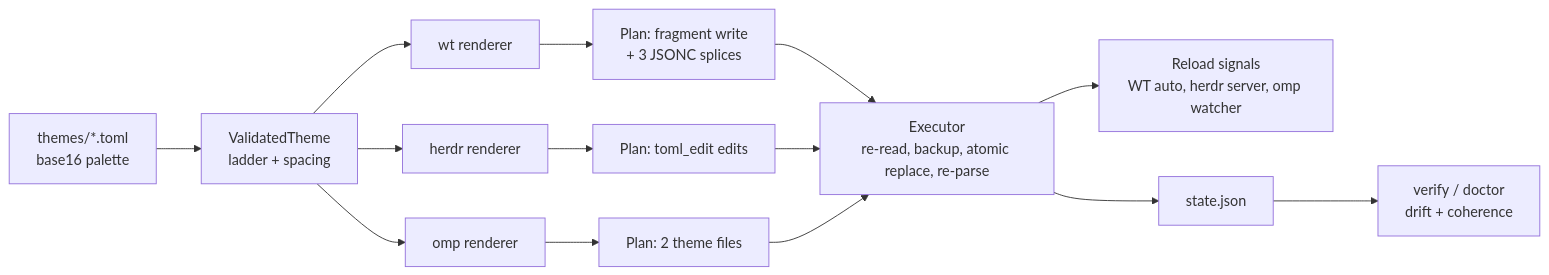
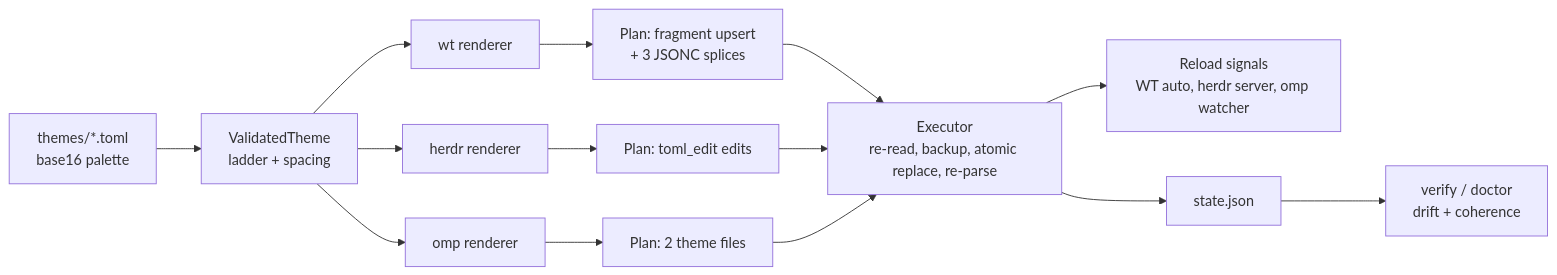
One commit to BojanSpa/onecoat changed the diagram in docs/architecture.md. Above: the diagram before and after it, drawn with Mermaid. The commit also changed other lines of this file and 27 other files, not shown here.

````diff
--- a/docs/architecture.md
+++ b/docs/architecture.md
@@ -7,16 +7,16 @@
 ```mermaid
 graph LR
   T["themes/*.toml<br/>base16 palette"] --> V["ValidatedTheme<br/>ladder + spacing"]
   V --> RW["wt renderer"]
   V --> RH["herdr renderer"]
   V --> RO["omp renderer"]
-  RW --> PW["Plan: fragment write<br/>+ 3 JSONC splices"]
+  RW --> PW["Plan: fragment upsert<br/>+ 3 JSONC splices"]
   RH --> PH["Plan: toml_edit edits"]
   RO --> PO["Plan: 2 theme files"]
   PW --> X["Executor<br/>re-read, backup, atomic replace, re-parse"]
   PH --> X
   PO --> X
   X --> S["Reload signals<br/>WT auto, herdr server, omp watcher"]
   X --> ST["state.json"]
   ST --> VER["verify / doctor<br/>drift + coherence"]
 ```
````
